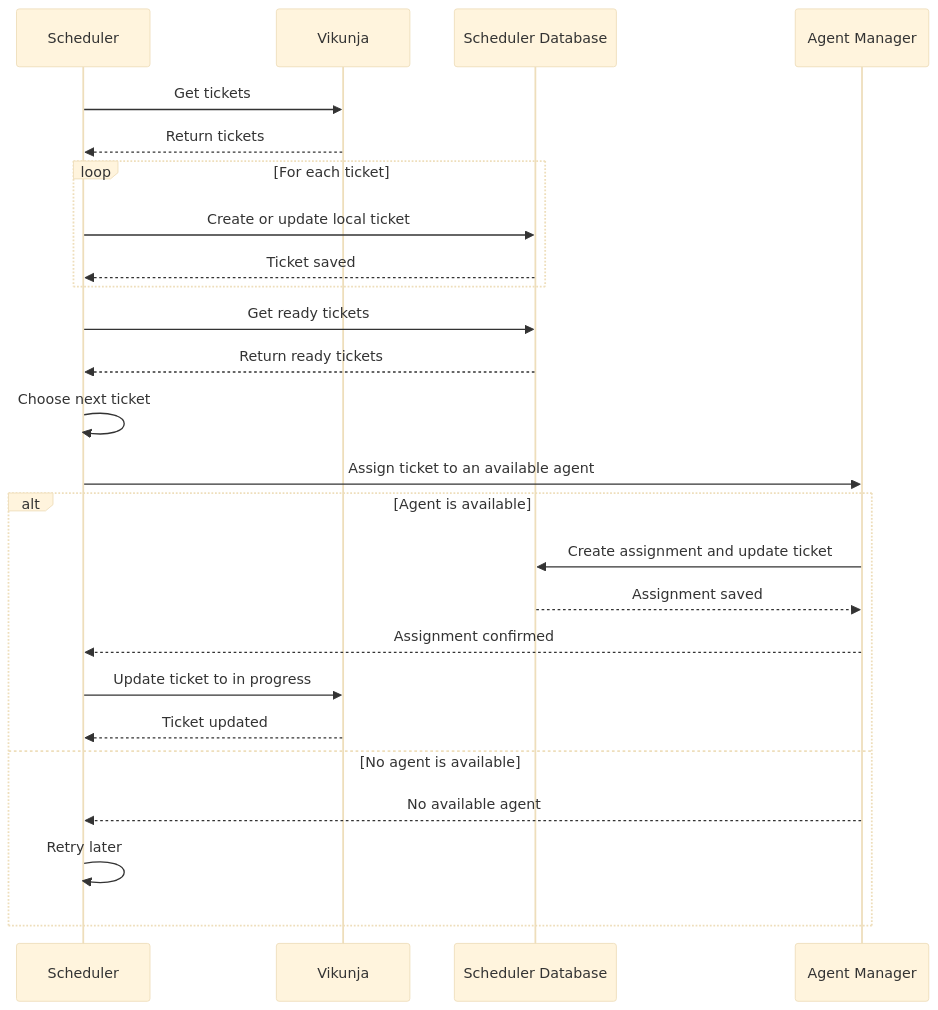
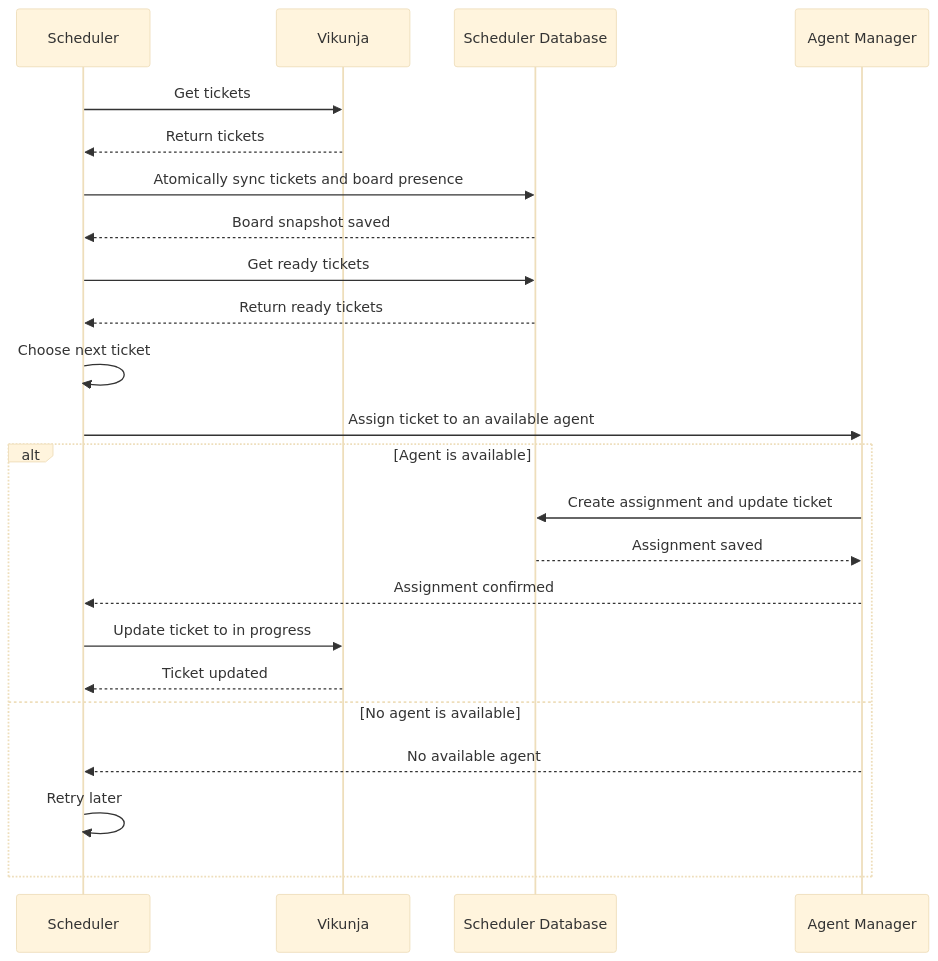
Before and after one commit to lgdelacruz92/agent-team: the diagram in agent-team/apps/scheduler/docs/architecture.comm.md, drawn with Mermaid (base theme). The commit also changed other lines of this file and 16 other files, not shown here.

Commit message:
Track board presence when scheduling tickets

````diff
--- a/agent-team/apps/scheduler/docs/architecture.comm.md
+++ b/agent-team/apps/scheduler/docs/architecture.comm.md
@@ -3,32 +5,30 @@
 ```mermaid
 sequenceDiagram
     participant S as Scheduler
     participant V as Vikunja
     participant DB as Scheduler Database
     participant A as Agent Manager
 
     S->>V: Get tickets
     V-->>S: Return tickets
 
-    loop For each ticket
-        S->>DB: Create or update local ticket
-        DB-->>S: Ticket saved
-    end
+    S->>DB: Atomically sync tickets and board presence
+    DB-->>S: Board snapshot saved
 
     S->>DB: Get ready tickets
     DB-->>S: Return ready tickets
     S->>S: Choose next ticket
 
     S->>A: Assign ticket to an available agent
 
     alt Agent is available
         A->>DB: Create assignment and update ticket
         DB-->>A: Assignment saved
         A-->>S: Assignment confirmed
         S->>V: Update ticket to in progress
         V-->>S: Ticket updated
     else No agent is available
         A-->>S: No available agent
         S->>S: Retry later
     end
 ```
````
